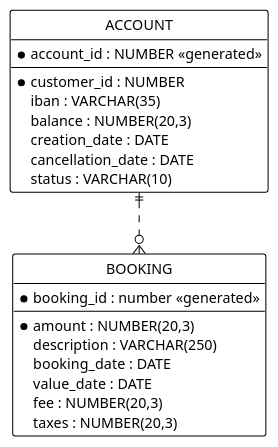
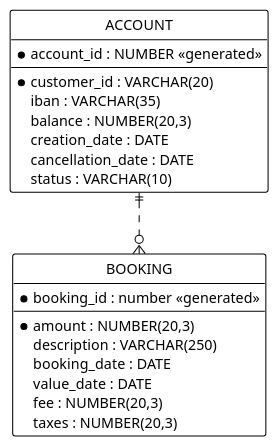
Before and after one commit to scalvetr/costomer-single-view: the diagram in doc/data-definition-core-banking.puml, drawn with PlantUML. The commit also changed 7 other files, not shown here.

```diff
--- a/doc/data-definition-core-banking.puml
+++ b/doc/data-definition-core-banking.puml
@@ -1,41 +1,41 @@
 @startuml
 
 ' hide the spot
 hide circle
 
 ' avoid problems with angled crows feet
 skinparam linetype ortho
 
 <style>
 classDiagram {
   BackGroundColor white
   LineThickness 1
   LineColor black
 }
 </style>
 
 entity "ACCOUNT" as account {
 * account_id : NUMBER <<generated>>
 ---
-* customer_id : NUMBER
+* customer_id : VARCHAR(20)
 iban : VARCHAR(35)
 balance : NUMBER(20,3)
 creation_date : DATE
 cancellation_date : DATE
 status : VARCHAR(10)
 }
 
 entity "BOOKING" as booking {
 * booking_id : number <<generated>>
 ---
 * amount : NUMBER(20,3)
 description : VARCHAR(250)
 booking_date : DATE
 value_date : DATE
 fee : NUMBER(20,3)
 taxes : NUMBER(20,3)
 }
 
 account ||..o{ booking
 
 @enduml
```
